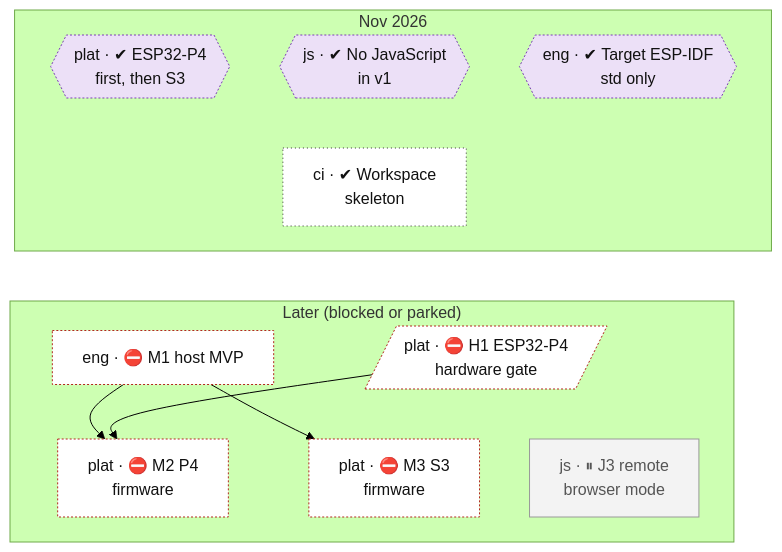
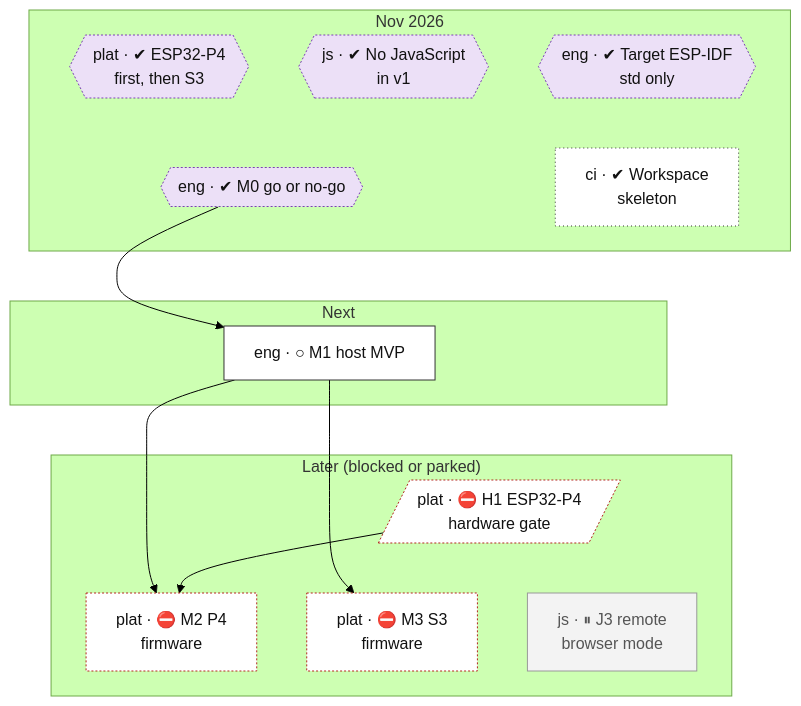
One commit to lhns/embedded-browser changed the second of 2 diagrams in docs/roadmap.md. Above: the diagram before and after it, drawn with Mermaid (forest theme). The commit also changed other lines of this file and 8 other files, not shown here.

````diff
--- a/docs/roadmap.md
+++ b/docs/roadmap.md
@@ -98,45 +98,51 @@
 ```mermaid
 flowchart TB
     subgraph bd_0["Nov 2026"]
         eng_std_only_esp_idf{{"eng · ✔ Target ESP-IDF<br/>std only"}}
         js_no_js_in_v1{{"js · ✔ No JavaScript<br/>in v1"}}
         plat_boards_p4_first{{"plat · ✔ ESP32-P4<br/>first, then S3"}}
         ci_workspace_skeleton["ci · ✔ Workspace<br/>skeleton"]
+        eng_m0_go_no_go{{"eng · ✔ M0 go or no-go"}}
     end
-    subgraph bd_1["Later (blocked or parked)"]
-        eng_m1_host_mvp["eng · ⛔ M1 host MVP"]
+    subgraph bd_1["Next"]
+        eng_m1_host_mvp["eng · ○ M1 host MVP"]
+    end
+    subgraph bd_2["Later (blocked or parked)"]
         plat_h1_p4_gate[/"plat · ⛔ H1 ESP32-P4<br/>hardware gate"/]
         plat_m2_p4_firmware["plat · ⛔ M2 P4<br/>firmware"]
         plat_m3_s3_firmware["plat · ⛔ M3 S3<br/>firmware"]
         js_j3_remote_mode["js · ⏸ J3 remote<br/>browser mode"]
     end
     eng_std_only_esp_idf ~~~ ci_workspace_skeleton
-    js_no_js_in_v1 ~~~ ci_workspace_skeleton
-    plat_boards_p4_first ~~~ ci_workspace_skeleton
+    js_no_js_in_v1 ~~~ eng_m0_go_no_go
+    plat_boards_p4_first ~~~ eng_m0_go_no_go
     ci_workspace_skeleton ~~~ eng_m1_host_mvp
-    ci_workspace_skeleton ~~~ plat_h1_p4_gate
-    eng_m1_host_mvp ~~~ plat_m2_p4_firmware
+    eng_m0_go_no_go ~~~ eng_m1_host_mvp
+    eng_m1_host_mvp ~~~ plat_h1_p4_gate
+    plat_h1_p4_gate ~~~ plat_m2_p4_firmware
     plat_h1_p4_gate ~~~ plat_m3_s3_firmware
     plat_h1_p4_gate ~~~ js_j3_remote_mode
+    eng_m0_go_no_go --> eng_m1_host_mvp
     plat_h1_p4_gate --> plat_m2_p4_firmware
     eng_m1_host_mvp --> plat_m2_p4_firmware
     eng_m1_host_mvp --> plat_m3_s3_firmware
     classDef vsucc fill:#2e9e4f,stroke:#1b6b34,color:#fff
     classDef succ fill:#bfe8c8,stroke:#2e9e4f,color:#111
     classDef mixed fill:#ffd37a,stroke:#c98a00,color:#111
     classDef bad fill:#f28b82,stroke:#b3261e,color:#111
     classDef dead fill:#e6e6e6,stroke:#777,stroke-dasharray:5 5,color:#555
     classDef inprog fill:#a8cdf5,stroke:#1f6fc5,color:#111
     classDef next fill:#fff,stroke:#333,color:#111
     classDef blocked fill:#fff,stroke:#b3261e,stroke-dasharray:2 2,color:#111
     classDef parked fill:#f3f3f3,stroke:#999,color:#555
     classDef unrated fill:#fff,stroke:#333,stroke-dasharray:1 3,color:#111
     classDef gate fill:#d9c2f0,stroke:#7b3fb5,color:#111
     classDef decided fill:#ece0f7,stroke:#7b3fb5,stroke-dasharray:2 2,color:#111
     classDef finding fill:#ffe0b2,stroke:#d84315,stroke-width:2px,color:#111
     classDef waiting fill:#e3f2fd,stroke:#1f6fc5,stroke-dasharray:5 5,color:#111
-    class eng_std_only_esp_idf,js_no_js_in_v1,plat_boards_p4_first decided
+    class eng_std_only_esp_idf,js_no_js_in_v1,plat_boards_p4_first,eng_m0_go_no_go decided
     class ci_workspace_skeleton unrated
-    class eng_m1_host_mvp,plat_h1_p4_gate,plat_m2_p4_firmware,plat_m3_s3_firmware blocked
+    class eng_m1_host_mvp next
+    class plat_h1_p4_gate,plat_m2_p4_firmware,plat_m3_s3_firmware blocked
     class js_j3_remote_mode parked
 ```
````
